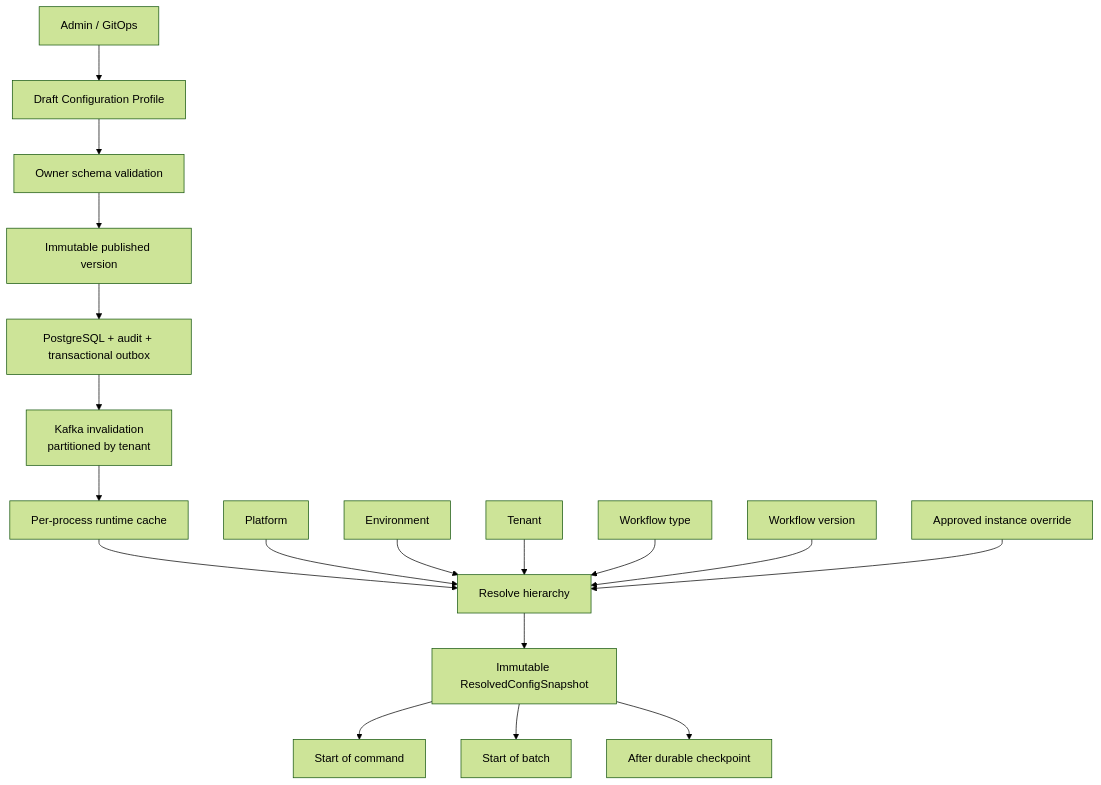
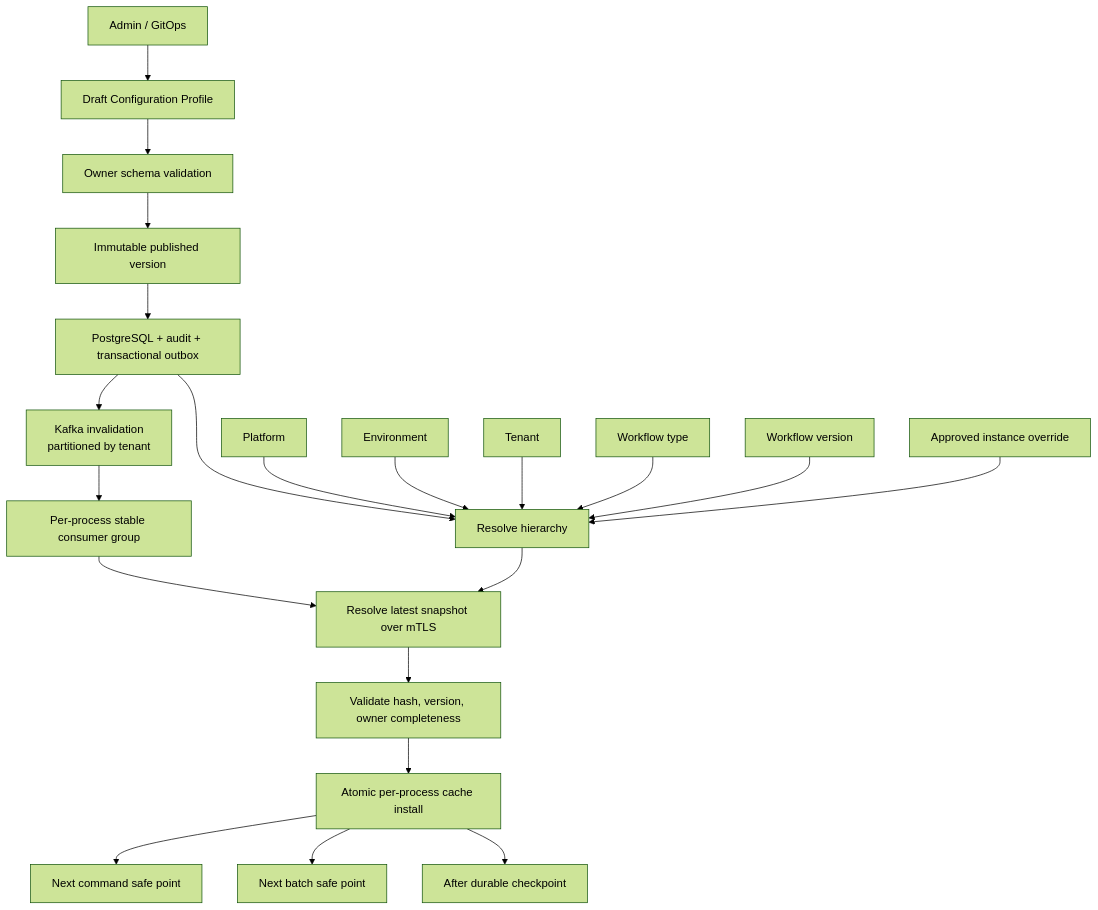
Before and after one commit to dangthobach/dangthobach.github.io: the seventh of 12 diagrams in quartz/content/BPMP-Platform/BPMP-Architecture-Technology-Deep-Dive.md, drawn with Mermaid (forest theme). The commit also changed other lines of this file and 1 other file, not shown here.

Commit message:
update diagram

````diff
--- a/quartz/content/BPMP-Platform/BPMP-Architecture-Technology-Deep-Dive.md
+++ b/quartz/content/BPMP-Platform/BPMP-Architecture-Technology-Deep-Dive.md
@@ -279,21 +270,24 @@
 ```mermaid
 flowchart TB
     ADMIN["Admin / GitOps"] --> DRAFT["Draft Configuration Profile"]
     DRAFT --> VALIDATE["Owner schema validation"]
     VALIDATE --> PUBLISH["Immutable published version"]
     PUBLISH --> DB["PostgreSQL + audit + transactional outbox"]
     DB --> BUS["Kafka invalidation\npartitioned by tenant"]
-    BUS --> CACHE["Per-process runtime cache"]
-    CACHE --> RESOLVE["Resolve hierarchy"]
-    RESOLVE --> SNAP["Immutable ResolvedConfigSnapshot"]
-    SNAP --> COMMAND["Start of command"]
-    SNAP --> BATCH["Start of batch"]
-    SNAP --> CHECKPOINT["After durable checkpoint"]
+    BUS --> CONSUMER["Per-process stable consumer group"]
+    CONSUMER --> API["Resolve latest snapshot over mTLS"]
+    API --> INSTALL["Validate hash, version, owner completeness"]
+    INSTALL --> CACHE["Atomic per-process cache install"]
+    CACHE --> COMMAND["Next command safe point"]
+    CACHE --> BATCH["Next batch safe point"]
+    CACHE --> CHECKPOINT["After durable checkpoint"]
 
+    DB --> RESOLVE["Resolve hierarchy"]
     PLATFORM["Platform"] --> RESOLVE
     ENV["Environment"] --> RESOLVE
     TENANT["Tenant"] --> RESOLVE
     TYPE["Workflow type"] --> RESOLVE
     VERSION["Workflow version"] --> RESOLVE
     INSTANCE["Approved instance override"] --> RESOLVE
+    RESOLVE --> API
 ```
````
